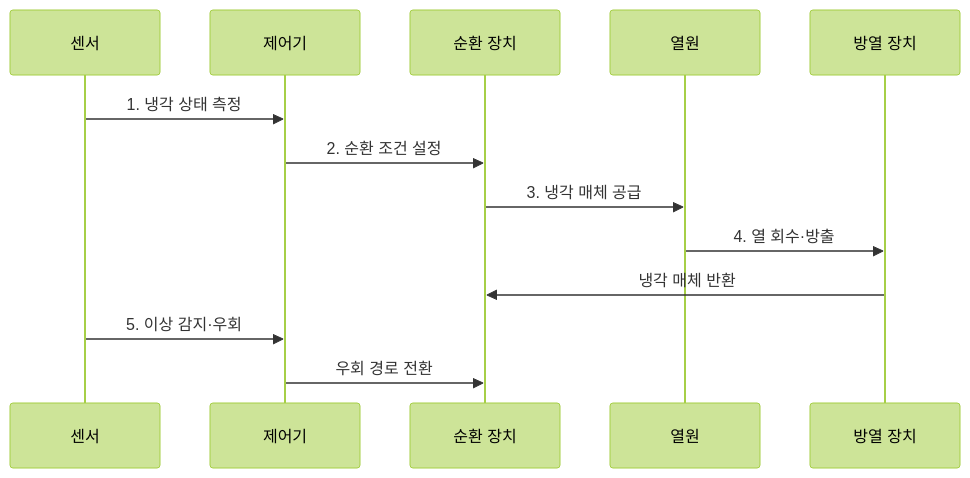
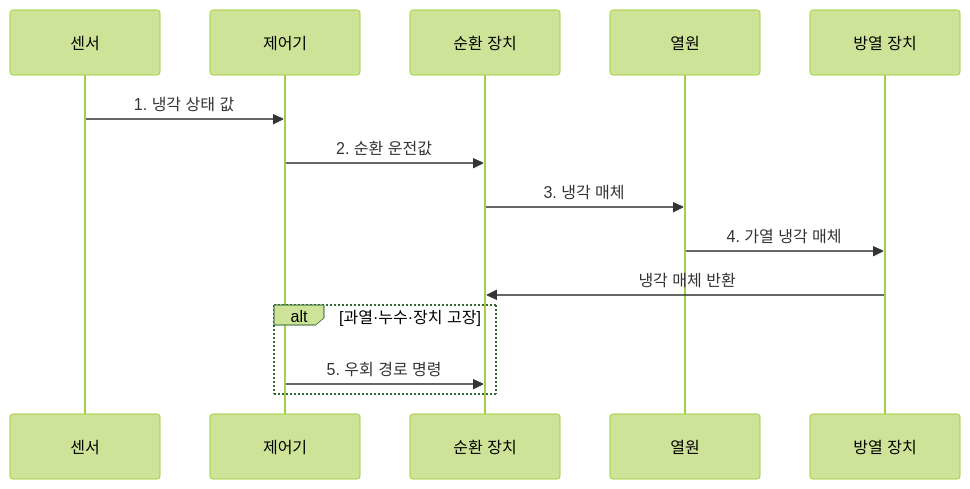
One commit to agnusdei1207/knowledge-base changed the second of 2 diagrams in src/content/docs/notes/02-hardware/057_cooling_system.md. Above: the diagram before and after it, drawn with Mermaid (forest theme). The commit also changed other lines of this file and 20 other files, not shown here.

````diff
--- a/src/content/docs/notes/02-hardware/057_cooling_system.md
+++ b/src/content/docs/notes/02-hardware/057_cooling_system.md
@@ -71,16 +82,17 @@
 ```mermaid
 sequenceDiagram
     participant S as 센서
     participant C as 제어기
     participant P as 순환 장치
     participant H as 열원
     participant X as 방열 장치
 
-    S->>C: 1. 냉각 상태 측정
-    C->>P: 2. 순환 조건 설정
-    P->>H: 3. 냉각 매체 공급
-    H->>X: 4. 열 회수·방출
+    S->>C: 1. 냉각 상태 값
+    C->>P: 2. 순환 운전값
+    P->>H: 3. 냉각 매체
+    H->>X: 4. 가열 냉각 매체
     X->>P: 냉각 매체 반환
-    S->>C: 5. 이상 감지·우회
-    C->>P: 우회 경로 전환
+    alt 과열·누수·장치 고장
+        C->>P: 5. 우회 경로 명령
+    end
 ```
````
